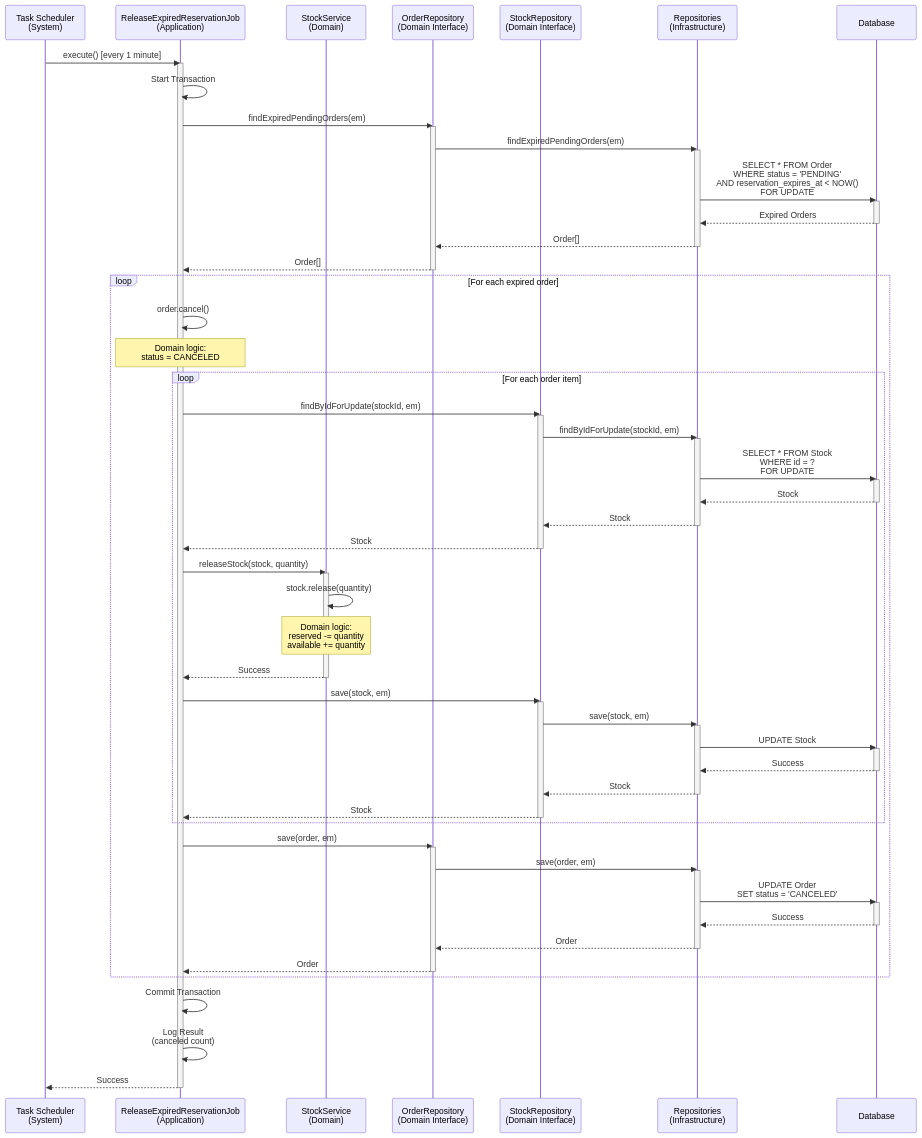
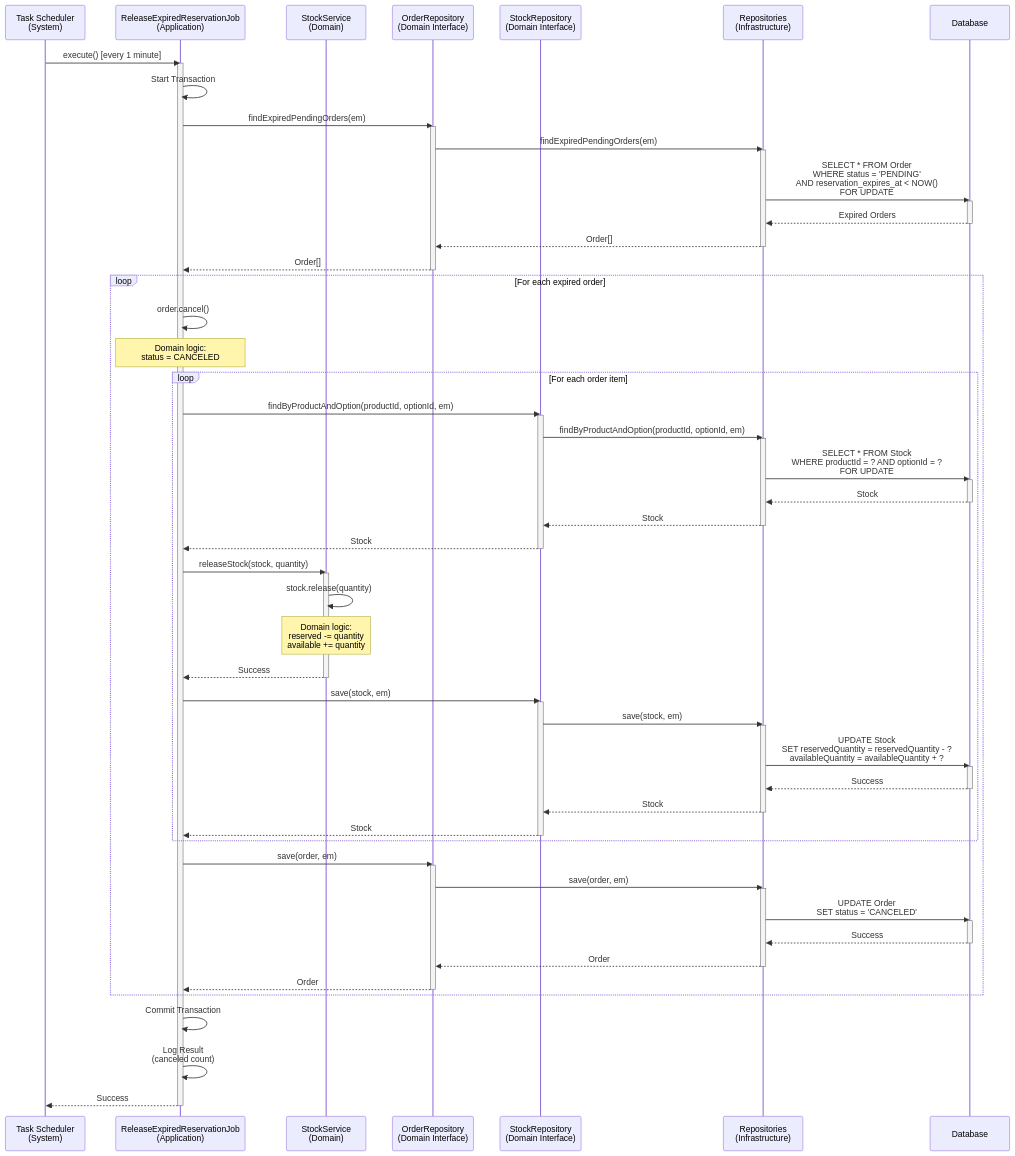
The fourth of 5 diagrams in docs/dev/dashboard/order/sequence-diagrams.md (ywj3493/hhplus-e-commerce), drawn with Mermaid before and after one commit. The commit also changed other lines of this file and 1 other file, not shown here.

```diff
--- a/docs/dev/dashboard/order/sequence-diagrams.md
+++ b/docs/dev/dashboard/order/sequence-diagrams.md
@@ -719,11 +735,11 @@
         Note over BatchJob: Domain logic:<br/>status = CANCELED
 
         loop For each order item
-            BatchJob->>StockRepo: findByIdForUpdate(stockId, em)
+            BatchJob->>StockRepo: findByProductAndOption(productId, optionId, em)
             activate StockRepo
-            StockRepo->>Infrastructure: findByIdForUpdate(stockId, em)
+            StockRepo->>Infrastructure: findByProductAndOption(productId, optionId, em)
             activate Infrastructure
-            Infrastructure->>DB: SELECT * FROM Stock<br/>WHERE id = ?<br/>FOR UPDATE
+            Infrastructure->>DB: SELECT * FROM Stock<br/>WHERE productId = ? AND optionId = ?<br/>FOR UPDATE
             activate DB
             DB-->>Infrastructure: Stock
             deactivate DB
@@ -743,7 +759,7 @@
             activate StockRepo
             StockRepo->>Infrastructure: save(stock, em)
             activate Infrastructure
-            Infrastructure->>DB: UPDATE Stock
+            Infrastructure->>DB: UPDATE Stock<br/>SET reservedQuantity = reservedQuantity - ?<br/>availableQuantity = availableQuantity + ?
             activate DB
             DB-->>Infrastructure: Success
             deactivate DB
```
